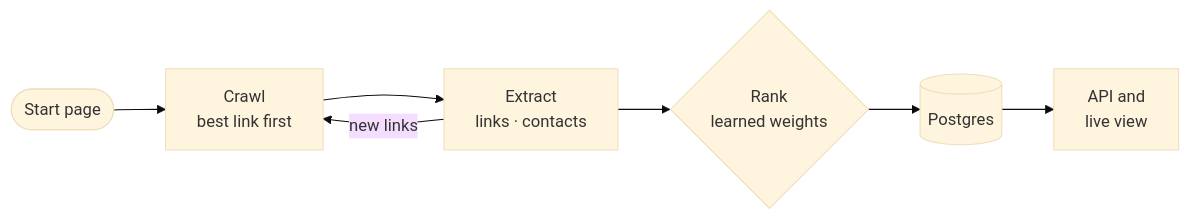
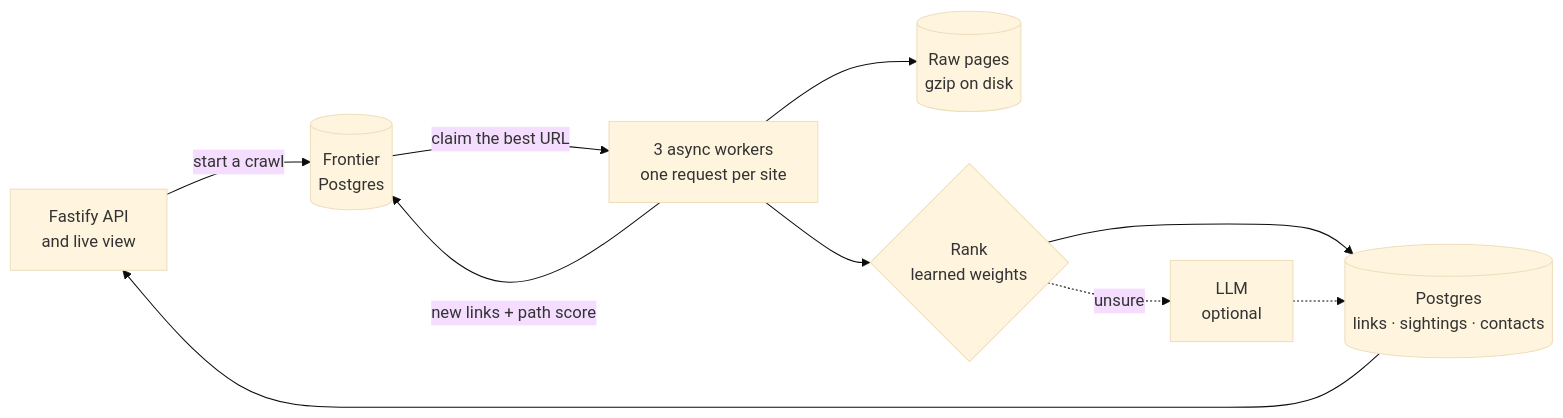
Before and after one commit to igalk1515/FiscalScout: the first of 3 diagrams in README.md, drawn with Mermaid (base theme). The commit also changed other lines of this file, not shown here.

Commit message:
README: system design A and B first, then the logic of links

````diff
--- a/README.md
+++ b/README.md
@@ -51,9 +28,12 @@
 ```mermaid
 flowchart LR
-    seed([Start page]) --> crawl[Crawl<br/>best link first]
-    crawl --> extract[Extract<br/>links · contacts]
-    extract -- new links --> crawl
-    extract --> rank{Rank<br/>learned weights}
-    rank --> store[(Postgres)]
-    store --> api[API and<br/>live view]
+    api[Fastify API<br/>and live view] -->|start a crawl| frontier[(Frontier<br/>Postgres)]
+    frontier -->|claim the best URL| workers[3 async workers<br/>one request per site]
+    workers -->|new links + path score| frontier
+    workers --> raw[(Raw pages<br/>gzip on disk)]
+    workers --> rank{Rank<br/>learned weights}
+    rank -.->|unsure| llm[LLM<br/>optional]
+    rank --> store[(Postgres<br/>links · sightings · contacts)]
+    llm -.-> store
+    store --> api
 ```
````
